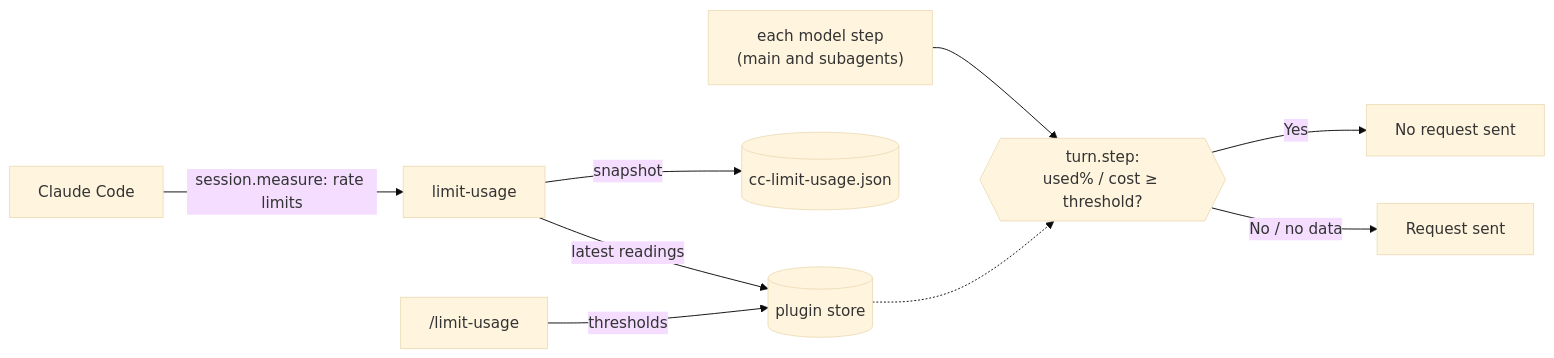
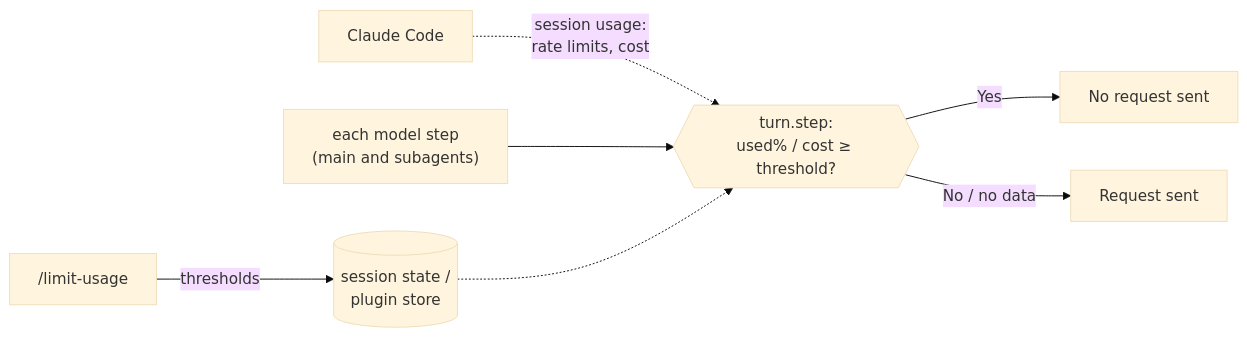
Before and after one commit to pokutuna/claude-plugins: the diagram in limit-usage/README.md, drawn with Mermaid (base theme). The commit also changed other lines of this file and 5 other files, not shown here.

````diff
--- a/limit-usage/README.md
+++ b/limit-usage/README.md
@@ -47,11 +47,9 @@
 ```mermaid
 flowchart LR
-    CC[Claude Code] -->|"session.measure: rate limits"| P["limit-usage"]
-    P -->|"latest readings"| ST[("plugin store")]
-    P -->|"snapshot"| SNAP[("cc-limit-usage.json")]
-    SET["/limit-usage"] -->|thresholds| ST
+    CC[Claude Code] -.->|"session usage:<br>rate limits, cost"| G
+    SET["/limit-usage"] -->|thresholds| ST[("session state /<br>plugin store")]
     STEP["each model step<br>(main and subagents)"] --> G{{"turn.step:<br>used% / cost ≥ threshold?"}}
     ST -.-> G
     G -- Yes --> STOP["No request sent"]
     G -- No / no data --> SEND["Request sent"]
 ```
````
